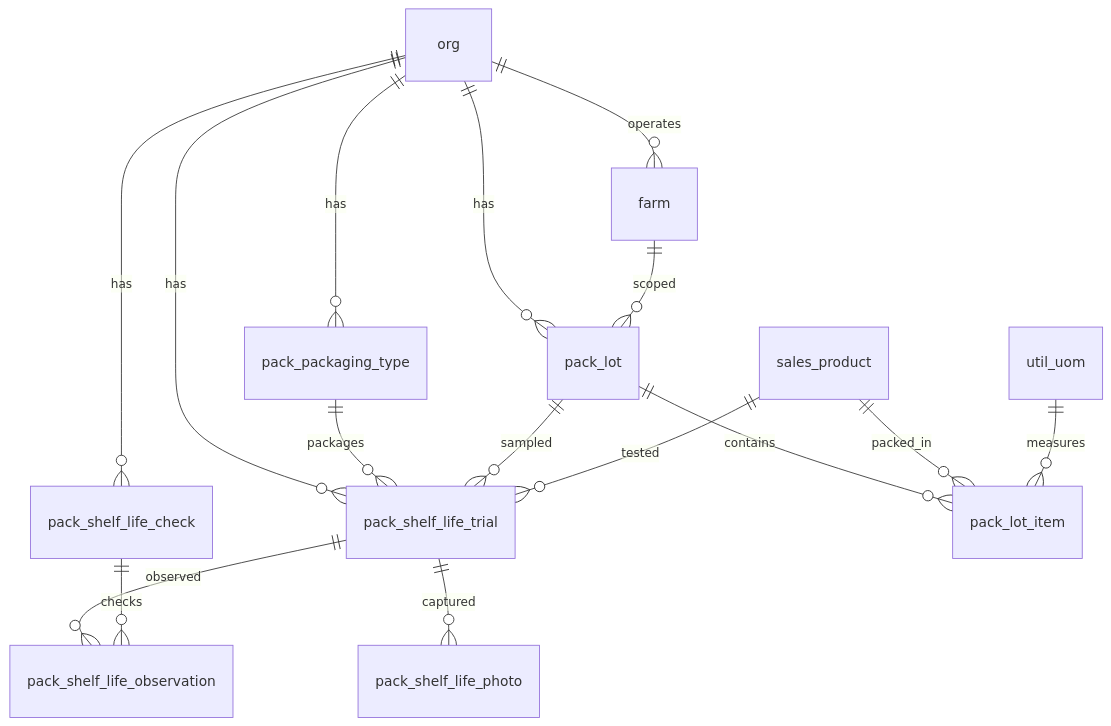
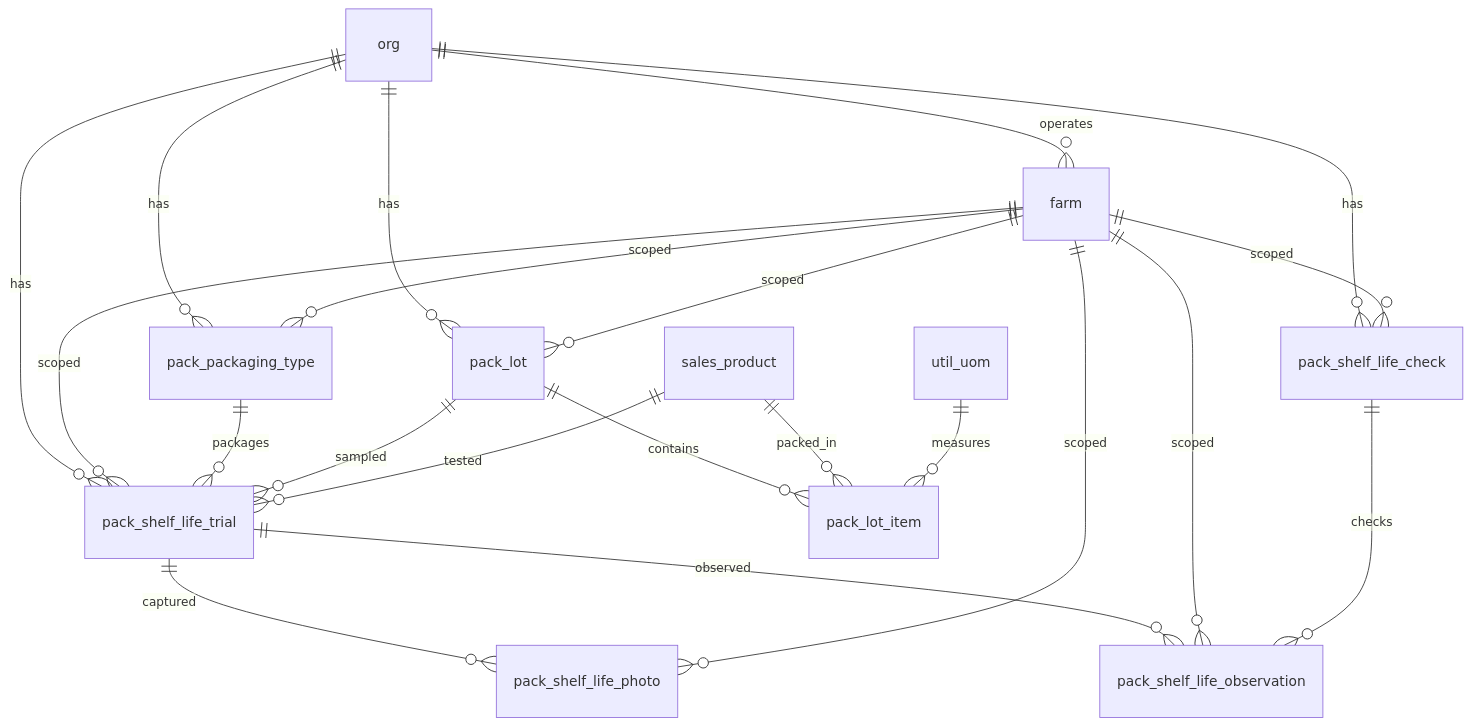
Before and after one commit to Hawaii-Farming/aloha-app: the diagram in docs/schemas/20260319_05_pack.md, drawn with Mermaid. The commit also changed 4 other files, not shown here.

````diff
--- a/docs/schemas/20260319_05_pack.md
+++ b/docs/schemas/20260319_05_pack.md
@@ -13,19 +13,24 @@
 ```mermaid
 erDiagram
     org ||--o{ farm : operates
     org ||--o{ pack_packaging_type : has
     org ||--o{ pack_lot : has
     org ||--o{ pack_shelf_life_check : has
     org ||--o{ pack_shelf_life_trial : has
     farm ||--o{ pack_lot : scoped
     pack_lot ||--o{ pack_lot_item : contains
     sales_product ||--o{ pack_lot_item : packed_in
     util_uom ||--o{ pack_lot_item : measures
 
+    farm ||--o{ pack_packaging_type : scoped
+    farm ||--o{ pack_shelf_life_check : scoped
+    farm ||--o{ pack_shelf_life_trial : scoped
     pack_packaging_type ||--o{ pack_shelf_life_trial : packages
     pack_lot ||--o{ pack_shelf_life_trial : sampled
     sales_product ||--o{ pack_shelf_life_trial : tested
     pack_shelf_life_trial ||--o{ pack_shelf_life_observation : observed
+    farm ||--o{ pack_shelf_life_observation : scoped
     pack_shelf_life_check ||--o{ pack_shelf_life_observation : checks
     pack_shelf_life_trial ||--o{ pack_shelf_life_photo : captured
+    farm ||--o{ pack_shelf_life_photo : scoped
 ```
````
